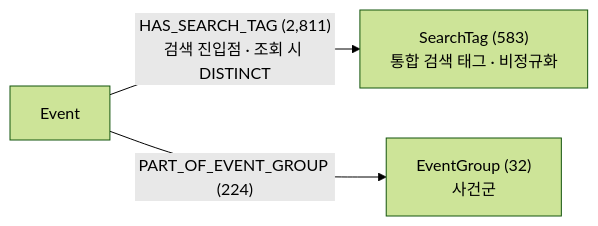
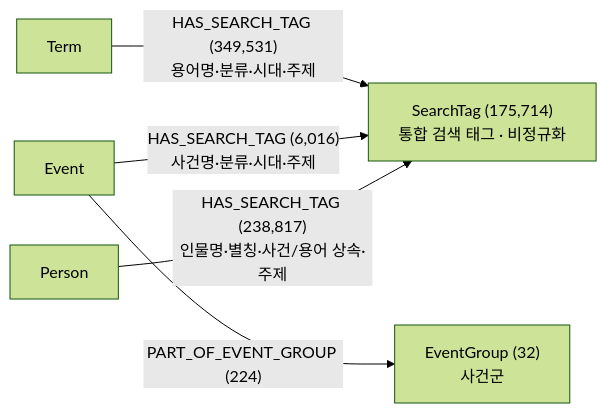
One commit to SKNETWORKS-FAMILY-AICAMP/SKN27-FINAL-2Team changed the seventh of 7 diagrams in docs/neo4j/neo4j_그래프_스키마_mermaid.md. Above: the diagram before and after it, drawn with Mermaid (forest theme). The commit also changed other lines of this file and 20 other files, not shown here.

````diff
--- a/docs/neo4j/neo4j_그래프_스키마_mermaid.md
+++ b/docs/neo4j/neo4j_그래프_스키마_mermaid.md
@@ -209,9 +211,13 @@
 ```mermaid
 flowchart LR
+    Term["Term"]
     Event["Event"]
-    SearchTag["SearchTag (583)<br/>통합 검색 태그 · 비정규화"]
+    Person["Person"]
+    SearchTag["SearchTag (175,714)<br/>통합 검색 태그 · 비정규화"]
     EventGroup["EventGroup (32)<br/>사건군"]
 
-    Event -->|"HAS_SEARCH_TAG (2,811)<br/>검색 진입점 · 조회 시 DISTINCT"| SearchTag
+    Term -->|"HAS_SEARCH_TAG (349,531)<br/>용어명·분류·시대·주제"| SearchTag
+    Event -->|"HAS_SEARCH_TAG (6,016)<br/>사건명·분류·시대·주제"| SearchTag
+    Person -->|"HAS_SEARCH_TAG (238,817)<br/>인물명·별칭·사건/용어 상속·주제"| SearchTag
     Event -->|"PART_OF_EVENT_GROUP (224)"| EventGroup
 ```
````
